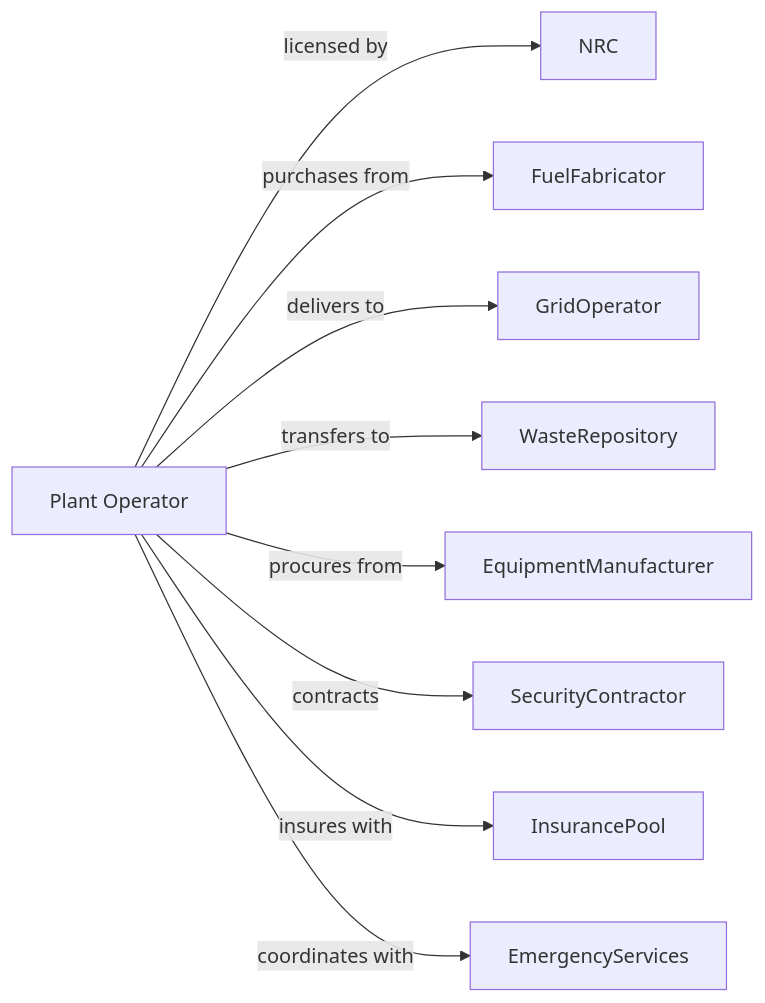
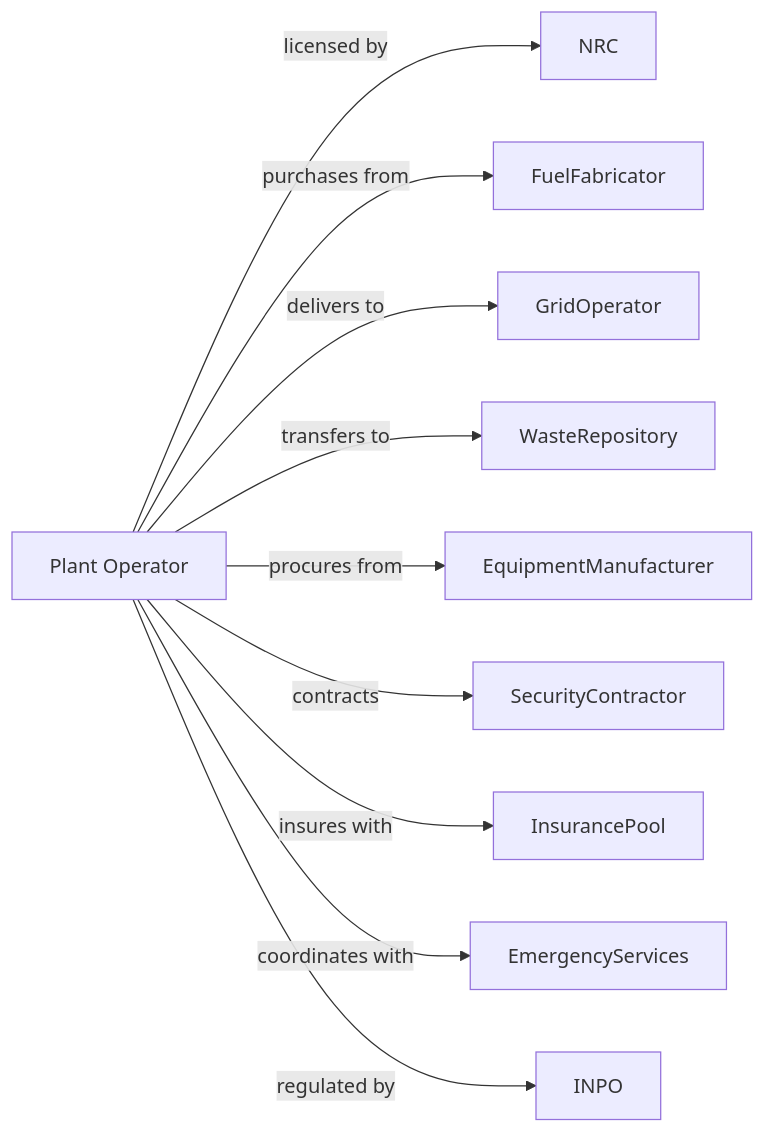
The second of 2 diagrams in Utilities/Utilities/ElectricPowerGenerationTransmissionAndDistribution/NuclearElectricPowerGeneration.mdx (dot-org-ai/industries.org.ai), drawn with Mermaid before and after one commit. The commit also changed other lines of this file and 588 other files, not shown here.

````diff
--- a/Utilities/Utilities/ElectricPowerGenerationTransmissionAndDistribution/NuclearElectricPowerGeneration.mdx
+++ b/Utilities/Utilities/ElectricPowerGenerationTransmissionAndDistribution/NuclearElectricPowerGeneration.mdx
@@ -136,13 +136,14 @@
 ```mermaid
 graph LR
     P[Plant Operator]
 
     P -->|licensed by| NRC
     P -->|purchases from| FuelFabricator
     P -->|delivers to| GridOperator
     P -->|transfers to| WasteRepository
     P -->|procures from| EquipmentManufacturer
     P -->|contracts| SecurityContractor
     P -->|insures with| InsurancePool
     P -->|coordinates with| EmergencyServices
+    P -->|regulated by| INPO
 ```
````
